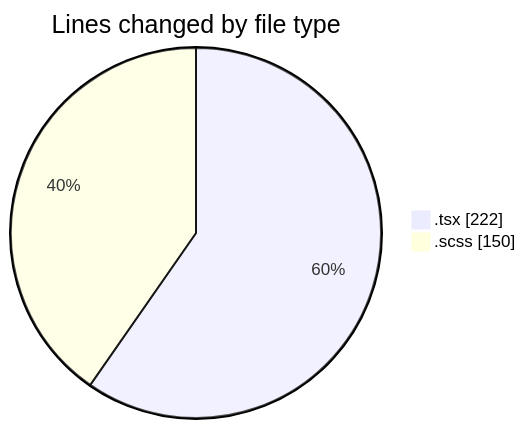
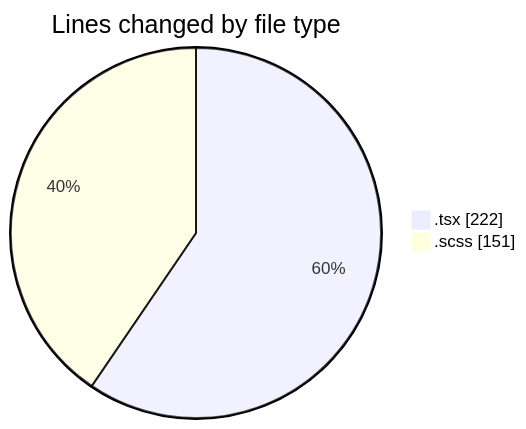
One commit to momahboobian/code-tracking changed the first of 2 diagrams in 2026-04-16/cda/README.md. Above: the diagram before and after it, drawn with Mermaid. The commit also changed other lines of this file and 1 other file, not shown here.

````diff
--- a/2026-04-16/cda/README.md
+++ b/2026-04-16/cda/README.md
@@ -22,6 +22,6 @@
 ```mermaid
 pie showData
 title Lines changed by file type
 ".tsx" : 222
-".scss" : 150
+".scss" : 151
 ```
````
